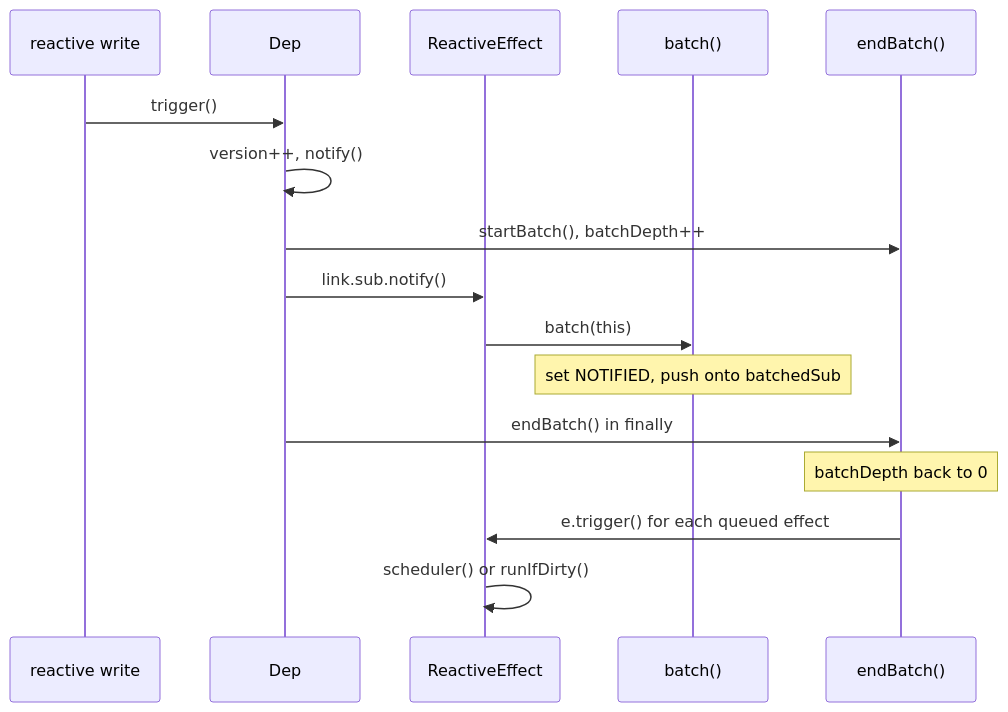
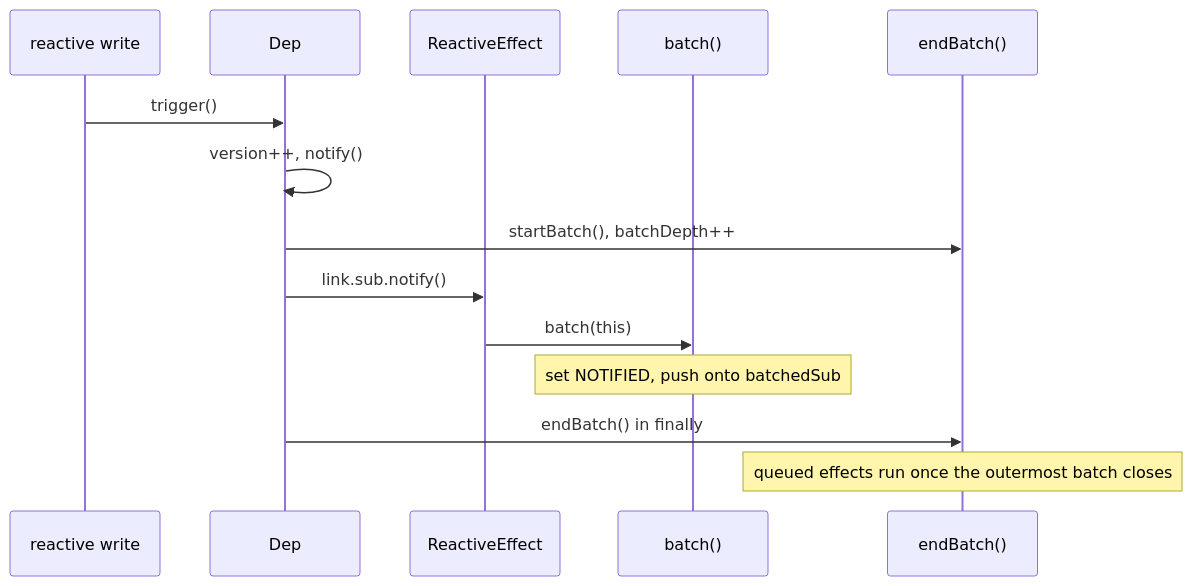
One commit to anshiwang8/codespaceleetcode changed the diagram in content/solutions/vue-find-001.md. Above: the diagram before and after it, drawn with Mermaid. The commit also changed other lines of this file and 26 other files, not shown here.

````diff
--- a/content/solutions/vue-find-001.md
+++ b/content/solutions/vue-find-001.md
@@ -50,18 +50,16 @@
 ```mermaid
 sequenceDiagram
     participant W as reactive write
     participant D as Dep
     participant E as ReactiveEffect
     participant B as batch()
     participant EB as endBatch()
     W->>D: trigger()
     D->>D: version++, notify()
     D->>EB: startBatch(), batchDepth++
     D->>E: link.sub.notify()
     E->>B: batch(this)
     Note over B: set NOTIFIED, push onto batchedSub
     D->>EB: endBatch() in finally
-    Note over EB: batchDepth back to 0
-    EB->>E: e.trigger() for each queued effect
-    E->>E: scheduler() or runIfDirty()
+    Note over EB: queued effects run once the outermost batch closes
 ```
````
